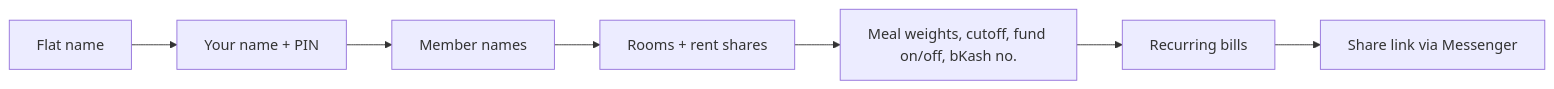
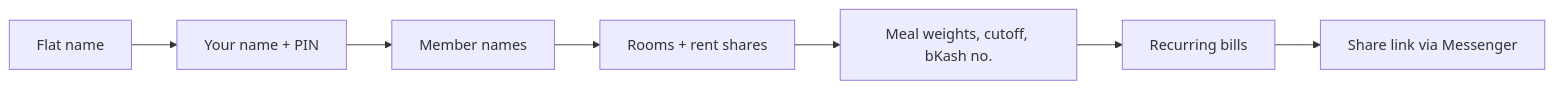
The second of 4 diagrams in docs/APP_FLOW.md (07fahim/bashabook), drawn with Mermaid before and after one commit. The commit also changed other lines of this file and 6 other files, not shown here.

Commit message:
fix: apply review findings to schema, engine plan and docs

````diff
--- a/docs/APP_FLOW.md
+++ b/docs/APP_FLOW.md
@@ -28,5 +30,5 @@
 ```mermaid
 flowchart LR
   A[Flat name] --> B[Your name + PIN] --> C[Member names] --> D[Rooms + rent shares]
-  D --> E[Meal weights, cutoff, fund on/off, bKash no.] --> F[Recurring bills] --> G[Share link via Messenger]
+  D --> E[Meal weights, cutoff, bKash no.] --> F[Recurring bills] --> G[Share link via Messenger]
 ```
````
